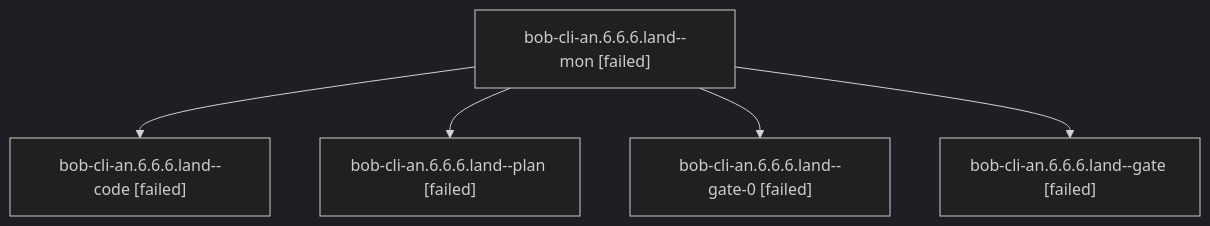
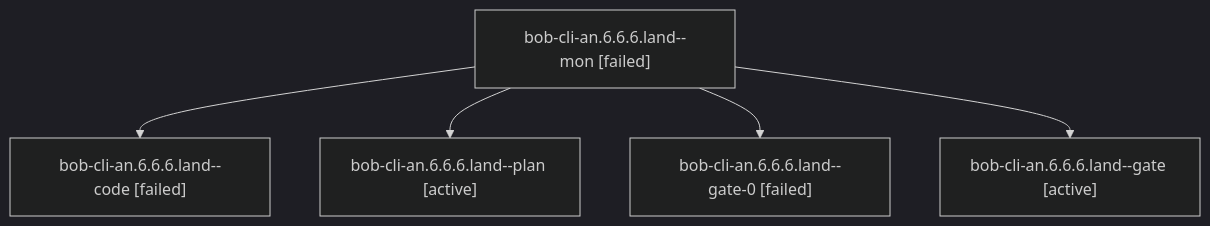
One commit to bobs-org/bob-cli--agents changed the diagram in sessions/bbugyi200.athena.bob-cli-an.6.6.6.land.md. Above: the diagram before and after it, drawn with Mermaid (dark theme). The commit also changed other lines of this file and 270 other files, not shown here.

````diff
--- a/sessions/bbugyi200.athena.bob-cli-an.6.6.6.land.md
+++ b/sessions/bbugyi200.athena.bob-cli-an.6.6.6.land.md
@@ -9,12 +9,12 @@
 ```mermaid
 flowchart TD
   n0["bob-cli-an.6.6.6.land--mon [failed]"]
   n1["bob-cli-an.6.6.6.land--code [failed]"]
   n0 --> n1
-  n2["bob-cli-an.6.6.6.land--plan [failed]"]
+  n2["bob-cli-an.6.6.6.land--plan [active]"]
   n0 --> n2
   n3["bob-cli-an.6.6.6.land--gate-0 [failed]"]
   n0 --> n3
-  n4["bob-cli-an.6.6.6.land--gate [failed]"]
+  n4["bob-cli-an.6.6.6.land--gate [active]"]
   n0 --> n4
 ```
````
